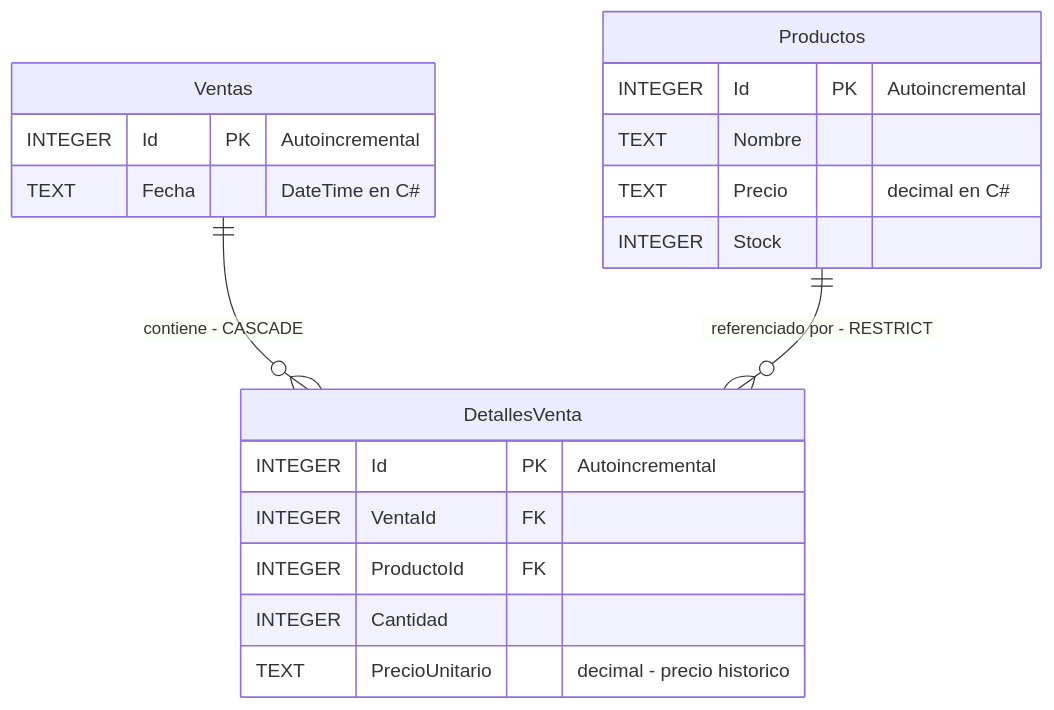
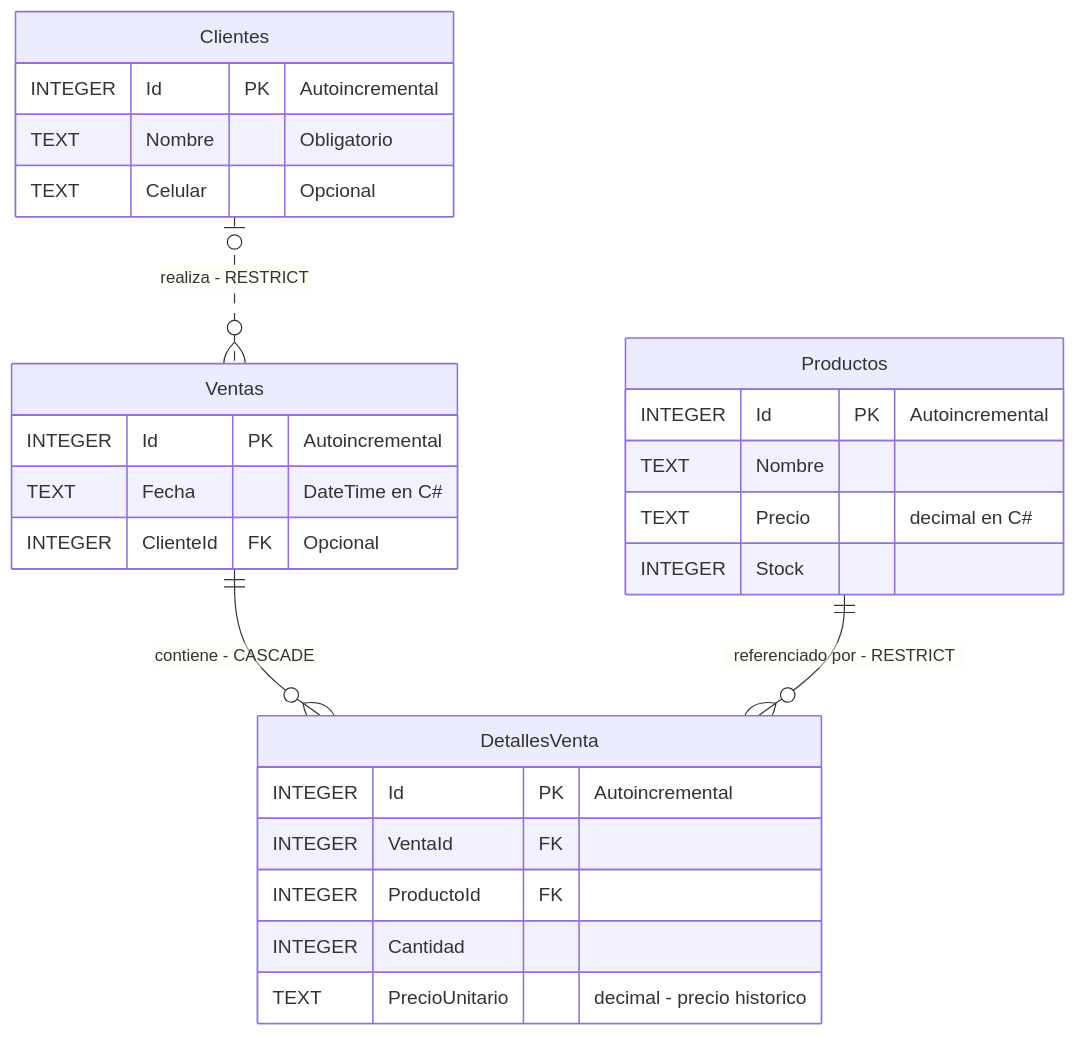
The diagram in docs/diagrama-bd.mmd (MW7068/POS-CAFETERIA-G), drawn with Mermaid before and after one commit. The commit also changed 6 other files, not shown here.

Commit message:
feat: agregar clientes y asociarlos opcionalmente a las ventas

```diff
--- a/docs/diagrama-bd.mmd
+++ b/docs/diagrama-bd.mmd
@@ -1,23 +1,33 @@
 erDiagram
+    direction TB
+
+    Clientes |o..o{ Ventas : "realiza - RESTRICT"
     Ventas ||--o{ DetallesVenta : "contiene - CASCADE"
     Productos ||--o{ DetallesVenta : "referenciado por - RESTRICT"
+
+    Clientes {
+        INTEGER Id PK "Autoincremental"
+        TEXT Nombre "Obligatorio"
+        TEXT Celular "Opcional"
+    }
+
+    Ventas {
+        INTEGER Id PK "Autoincremental"
+        TEXT Fecha "DateTime en C#"
+        INTEGER ClienteId FK "Opcional"
+    }
 
     Productos {
         INTEGER Id PK "Autoincremental"
         TEXT Nombre
         TEXT Precio "decimal en C#"
         INTEGER Stock
-    }
-
-    Ventas {
-        INTEGER Id PK "Autoincremental"
-        TEXT Fecha "DateTime en C#"
     }
 
     DetallesVenta {
         INTEGER Id PK "Autoincremental"
         INTEGER VentaId FK
         INTEGER ProductoId FK
         INTEGER Cantidad
         TEXT PrecioUnitario "decimal - precio historico"
     }
```
